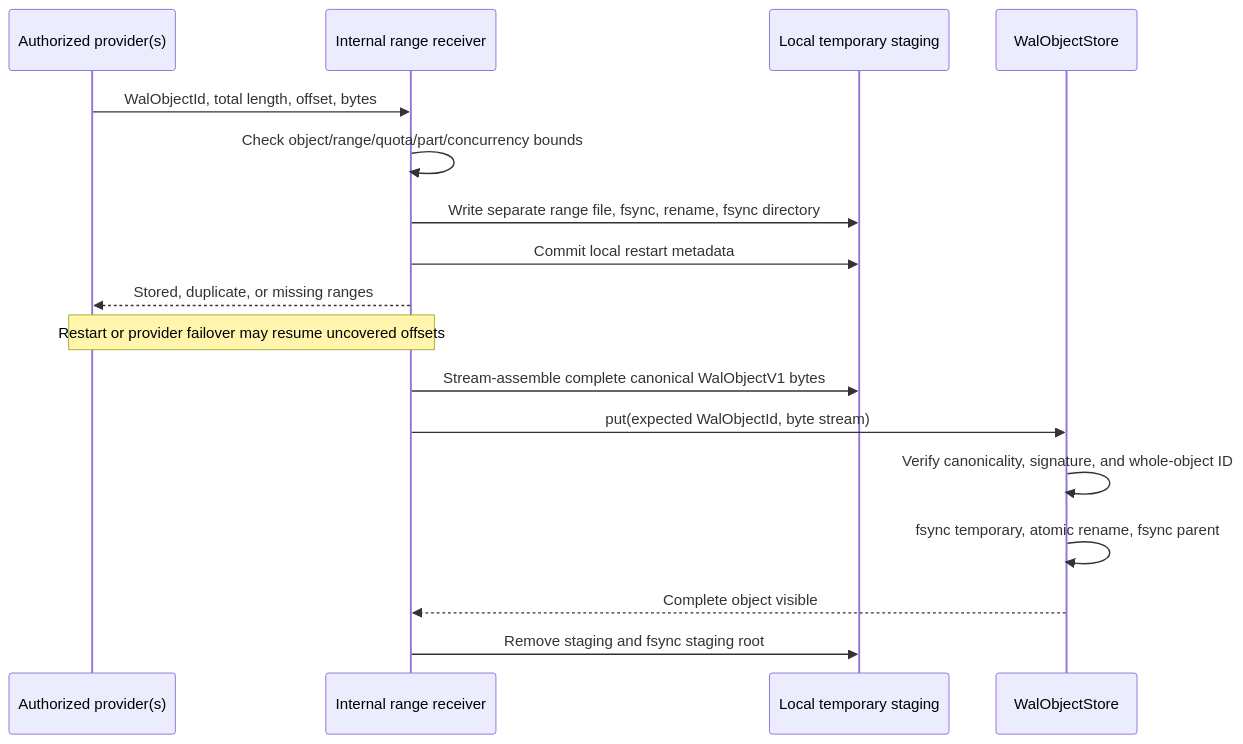
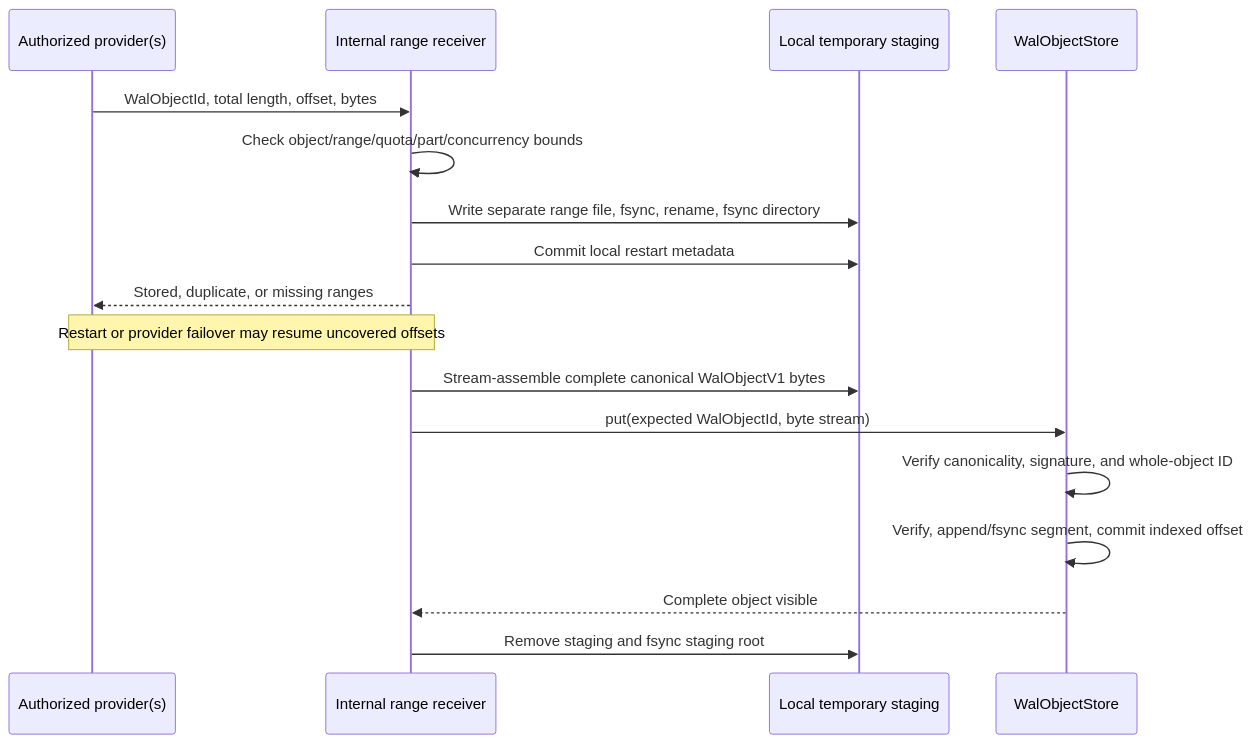
The third of 6 diagrams in packages/wal/README.md (OriginTrail/dkg), drawn with Mermaid before and after one commit. The commit also changed other lines of this file and 7 other files, not shown here.

````diff
--- a/packages/wal/README.md
+++ b/packages/wal/README.md
@@ -152,19 +205,19 @@
 ```mermaid
 sequenceDiagram
     participant P as Authorized provider(s)
     participant R as Internal range receiver
     participant T as Local temporary staging
     participant S as WalObjectStore
     P->>R: WalObjectId, total length, offset, bytes
     R->>R: Check object/range/quota/part/concurrency bounds
     R->>T: Write separate range file, fsync, rename, fsync directory
     R->>T: Commit local restart metadata
     R-->>P: Stored, duplicate, or missing ranges
     Note over P,R: Restart or provider failover may resume uncovered offsets
     R->>T: Stream-assemble complete canonical WalObjectV1 bytes
     R->>S: put(expected WalObjectId, byte stream)
     S->>S: Verify canonicality, signature, and whole-object ID
-    S->>S: fsync temporary, atomic rename, fsync parent
+    S->>S: Verify, append/fsync segment, commit indexed offset
     S-->>R: Complete object visible
     R->>T: Remove staging and fsync staging root
 ```
````
